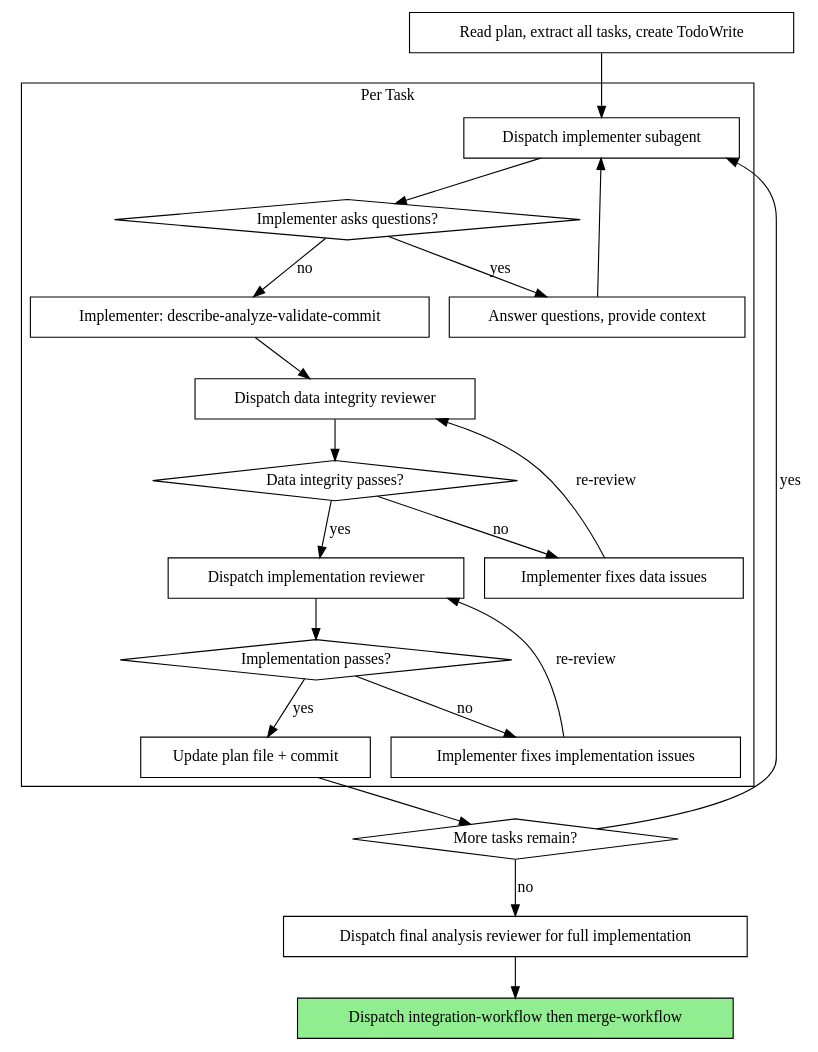
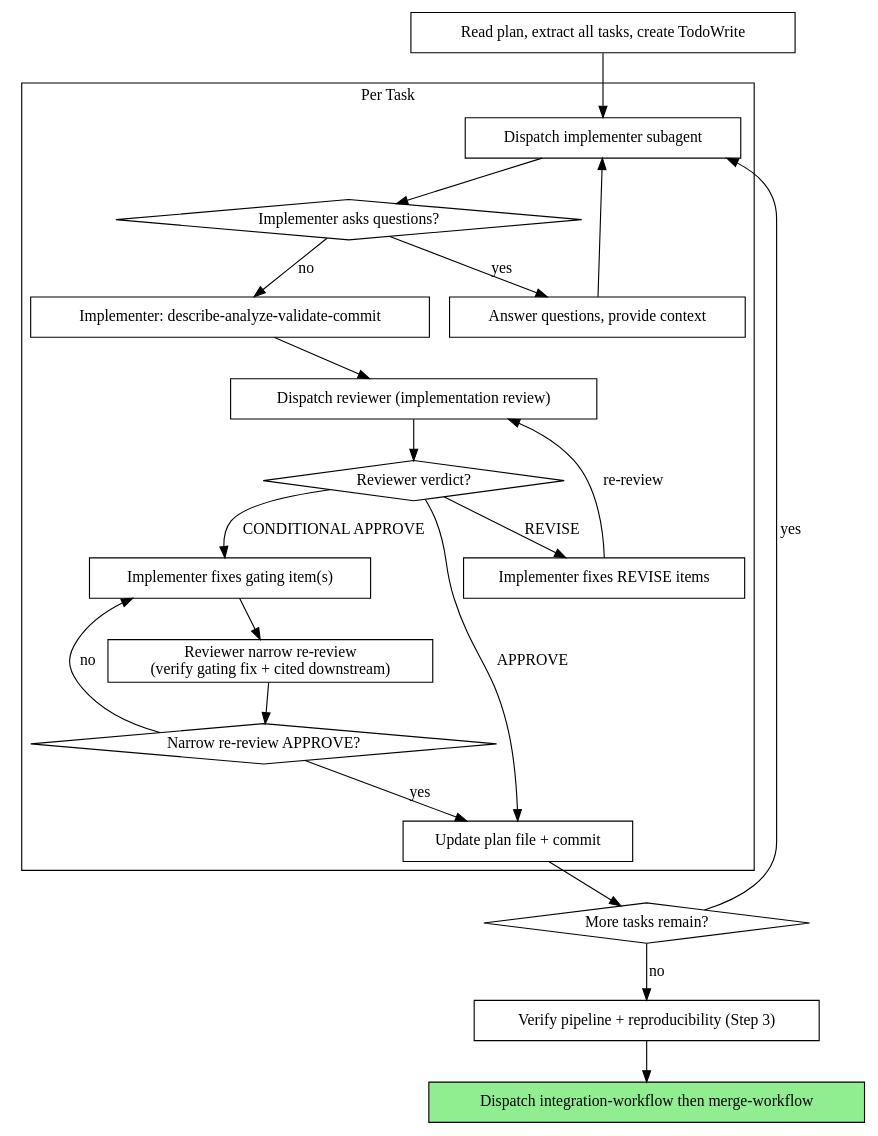
Before and after one commit to FuZhiyu/superRA: the second of 2 diagrams in skills/execution-workflow/SKILL.md, drawn with Graphviz. The commit also changed other lines of this file and 2 other files, not shown here.

````diff
--- a/skills/execution-workflow/SKILL.md
+++ b/skills/execution-workflow/SKILL.md
@@ -59,44 +59,45 @@
 ```dot
 digraph process {
     rankdir=TB;
 
     subgraph cluster_per_task {
         label="Per Task";
         "Dispatch implementer subagent" [shape=box];
         "Implementer asks questions?" [shape=diamond];
         "Answer questions, provide context" [shape=box];
         "Implementer: describe-analyze-validate-commit" [shape=box];
-        "Dispatch data integrity reviewer" [shape=box];
-        "Data integrity passes?" [shape=diamond];
-        "Implementer fixes data issues" [shape=box];
-        "Dispatch implementation reviewer" [shape=box];
-        "Implementation passes?" [shape=diamond];
-        "Implementer fixes implementation issues" [shape=box];
+        "Dispatch reviewer (implementation review)" [shape=box];
+        "Reviewer verdict?" [shape=diamond];
+        "Implementer fixes REVISE items" [shape=box];
+        "Implementer fixes gating item(s)" [shape=box];
+        "Reviewer narrow re-review\n(verify gating fix + cited downstream)" [shape=box];
+        "Narrow re-review APPROVE?" [shape=diamond];
         "Update plan file + commit" [shape=box];
     }
 
     "Read plan, extract all tasks, create TodoWrite" [shape=box];
     "More tasks remain?" [shape=diamond];
-    "Dispatch final analysis reviewer for full implementation" [shape=box];
+    "Verify pipeline + reproducibility (Step 3)" [shape=box];
     "Dispatch integration-workflow then merge-workflow" [shape=box style=filled fillcolor=lightgreen];
 
     "Read plan, extract all tasks, create TodoWrite" -> "Dispatch implementer subagent";
     "Dispatch implementer subagent" -> "Implementer asks questions?";
     "Implementer asks questions?" -> "Answer questions, provide context" [label="yes"];
     "Answer questions, provide context" -> "Dispatch implementer subagent";
     "Implementer asks questions?" -> "Implementer: describe-analyze-validate-commit" [label="no"];
-    "Implementer: describe-analyze-validate-commit" -> "Dispatch data integrity reviewer";
-    "Dispatch data integrity reviewer" -> "Data integrity passes?";
-    "Data integrity passes?" -> "Implementer fixes data issues" [label="no"];
-    "Implementer fixes data issues" -> "Dispatch data integrity reviewer" [label="re-review"];
-    "Data integrity passes?" -> "Dispatch implementation reviewer" [label="yes"];
-    "Dispatch implementation reviewer" -> "Implementation passes?";
-    "Implementation passes?" -> "Implementer fixes implementation issues" [label="no"];
-    "Implementer fixes implementation issues" -> "Dispatch implementation reviewer" [label="re-review"];
-    "Implementation passes?" -> "Update plan file + commit" [label="yes"];
+    "Implementer: describe-analyze-validate-commit" -> "Dispatch reviewer (implementation review)";
+    "Dispatch reviewer (implementation review)" -> "Reviewer verdict?";
+    "Reviewer verdict?" -> "Implementer fixes REVISE items" [label="REVISE"];
+    "Implementer fixes REVISE items" -> "Dispatch reviewer (implementation review)" [label="re-review"];
+    "Reviewer verdict?" -> "Implementer fixes gating item(s)" [label="CONDITIONAL APPROVE"];
+    "Implementer fixes gating item(s)" -> "Reviewer narrow re-review\n(verify gating fix + cited downstream)";
+    "Reviewer narrow re-review\n(verify gating fix + cited downstream)" -> "Narrow re-review APPROVE?";
+    "Narrow re-review APPROVE?" -> "Implementer fixes gating item(s)" [label="no"];
+    "Narrow re-review APPROVE?" -> "Update plan file + commit" [label="yes"];
+    "Reviewer verdict?" -> "Update plan file + commit" [label="APPROVE"];
     "Update plan file + commit" -> "More tasks remain?";
     "More tasks remain?" -> "Dispatch implementer subagent" [label="yes"];
-    "More tasks remain?" -> "Dispatch final analysis reviewer for full implementation" [label="no"];
-    "Dispatch final analysis reviewer for full implementation" -> "Dispatch integration-workflow then merge-workflow";
+    "More tasks remain?" -> "Verify pipeline + reproducibility (Step 3)" [label="no"];
+    "Verify pipeline + reproducibility (Step 3)" -> "Dispatch integration-workflow then merge-workflow";
 }
 ```
````
